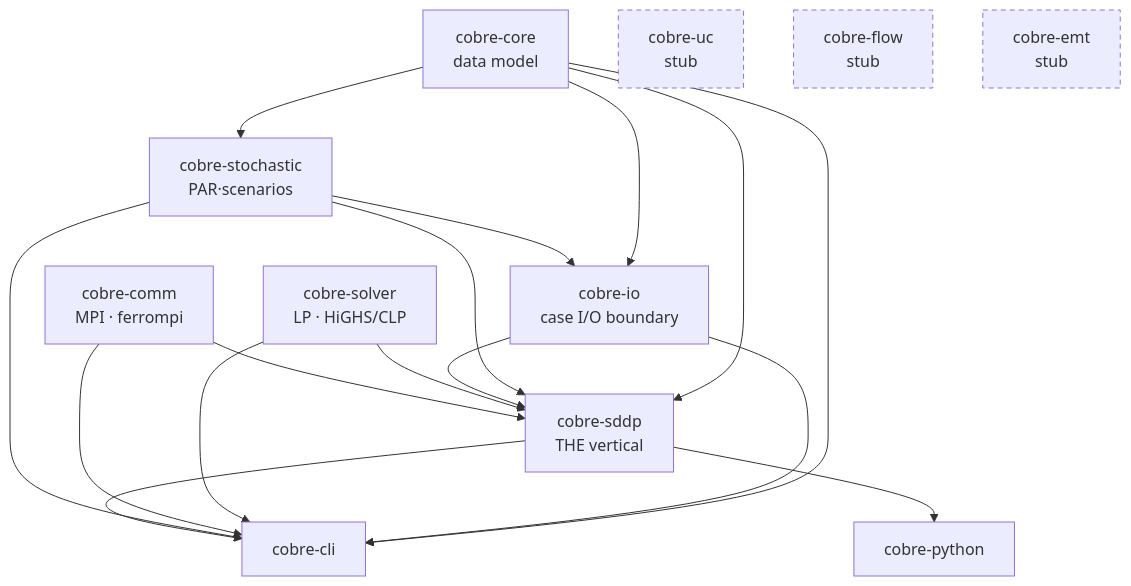
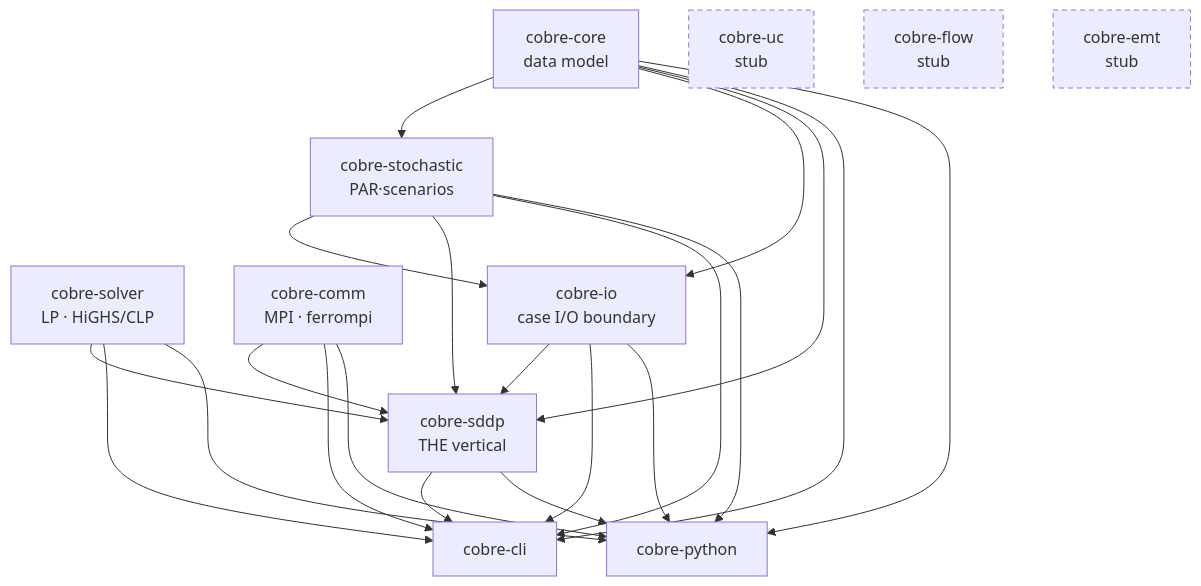
One commit to Myria-solucoes/cobre changed the first of 2 diagrams in docs/design/generalizing/beyond-sddp-generalization.md. Above: the diagram before and after it, drawn with Mermaid. The commit also changed 2 other files, not shown here.

Commit message:
docs: complete the roadmap crate-graph edges, strip a leaked plan token
The generalization doc's mermaid graph gave cobre-python a single intra-
workspace edge while its manifest carries six — the same set as cobre-cli;
mirror the cli treatment and regenerate the HTML. Also rewrite a test doc
comment that carried a plan-structure token past the no-plan-leaks gate
(develop pushes ran no CI, so the gate never saw it).

````diff
--- a/docs/design/generalizing/beyond-sddp-generalization.md
+++ b/docs/design/generalizing/beyond-sddp-generalization.md
@@ -126,33 +126,38 @@
 ```mermaid
 graph TD
     core[cobre-core<br/>data model]
     solver[cobre-solver<br/>LP · HiGHS/CLP]
     comm[cobre-comm<br/>MPI · ferrompi]
     stoch[cobre-stochastic<br/>PAR·scenarios]
     io[cobre-io<br/>case I/O boundary]
     sddp[cobre-sddp<br/>THE vertical]
     cli[cobre-cli]
     py[cobre-python]
 
     core --> stoch
     core --> io
     stoch --> io
     core --> sddp
     stoch --> sddp
     io --> sddp
     solver --> sddp
     comm --> sddp
     core --> cli
     io --> cli
     solver --> cli
     comm --> cli
     stoch --> cli
     sddp --> cli
+    core --> py
+    io --> py
+    solver --> py
+    comm --> py
+    stoch --> py
     sddp --> py
 
     uc[cobre-uc<br/>stub]
     flow[cobre-flow<br/>stub]
     emt[cobre-emt<br/>stub]
     class uc,flow,emt reserved;
     classDef reserved stroke-dasharray: 5 4;
 ```
````
